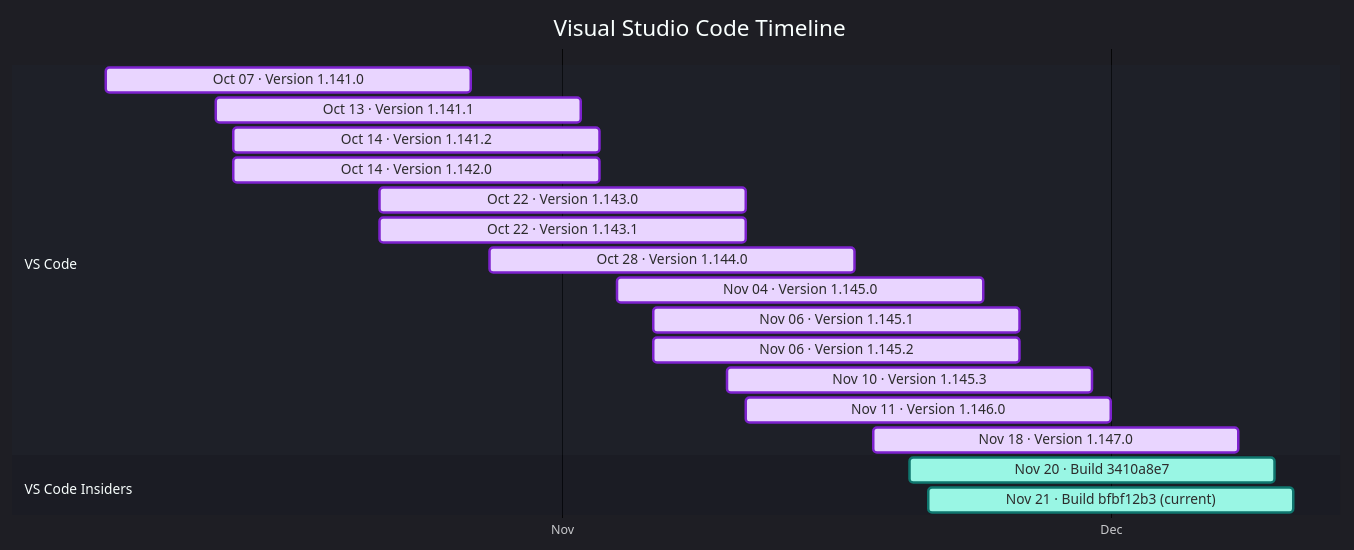
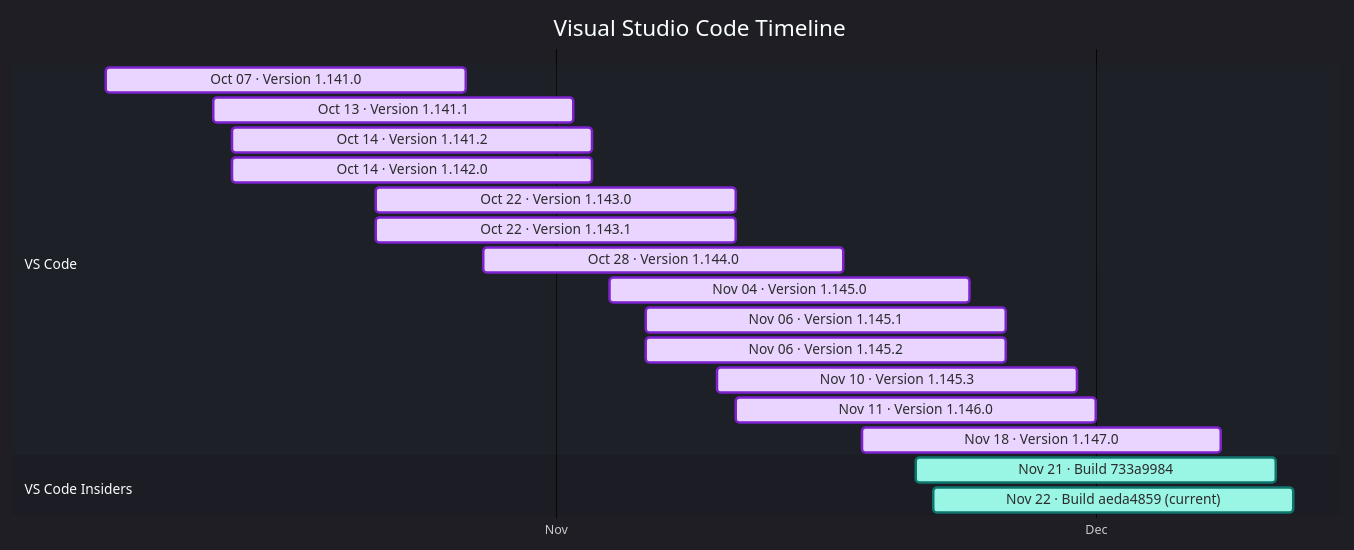
The diagram in docs/vscode.md (Oxelya-DevTools/VisualStudioUpdate), drawn with Mermaid before and after one commit. The commit also changed other lines of this file and 1 other file, not shown here.

````diff
--- a/docs/vscode.md
+++ b/docs/vscode.md
@@ -9,25 +9,25 @@
 ```mermaid
 %%{init: {'theme':'dark','themeVariables': { 'fontFamily': 'Segoe UI', 'fontSize': '24px', 'textColor': '#F3F4F6', 'titleTextColor': '#FFFFFF', 'taskTextColor': '#111827', 'taskTextLightColor': '#111827', 'taskTextOutsideColor': '#F3F4F6', 'taskBkgColor': '#BAE6FD', 'taskBorderColor': '#0369A1', 'doneTaskBkgColor': '#E9D5FF', 'doneTaskBorderColor': '#7E22CE', 'activeTaskBkgColor': '#99F6E4', 'activeTaskBorderColor': '#0F766E', 'critTaskBkgColor': '#FED7AA', 'critTaskBorderColor': '#C2410C', 'sectionBkgColor': '#1F2937', 'altSectionBkgColor': '#111827', 'gridColor': '#4B5563', 'todayLineColor': '#F87171' }}}%%
 gantt
     title Visual Studio Code Timeline
     dateFormat  YYYY-MM-DD
     axisFormat  %b
     tickInterval 1month
     section VS Code
     Oct 07 · Version 1.141.0 : done, vscode202610070, 2026-10-07, 20d
     Oct 13 · Version 1.141.1 : done, vscode202610131, 2026-10-13, 20d
     Oct 14 · Version 1.141.2 : done, vscode202610142, 2026-10-14, 20d
     Oct 14 · Version 1.142.0 : done, vscode202610143, 2026-10-14, 20d
     Oct 22 · Version 1.143.0 : done, vscode202610224, 2026-10-22, 20d
     Oct 22 · Version 1.143.1 : done, vscode202610225, 2026-10-22, 20d
     Oct 28 · Version 1.144.0 : done, vscode202610286, 2026-10-28, 20d
     Nov 04 · Version 1.145.0 : done, vscode202611047, 2026-11-04, 20d
     Nov 06 · Version 1.145.1 : done, vscode202611068, 2026-11-06, 20d
     Nov 06 · Version 1.145.2 : done, vscode202611069, 2026-11-06, 20d
     Nov 10 · Version 1.145.3 : done, vscode2026111010, 2026-11-10, 20d
     Nov 11 · Version 1.146.0 : done, vscode2026111111, 2026-11-11, 20d
     Nov 18 · Version 1.147.0 : done, vscode2026111812, 2026-11-18, 20d
     section VS Code Insiders
-    Nov 20 · Build 3410a8e7 : active, vscodeinsiders202611200, 2026-11-20, 20d
-    Nov 21 · Build bfbf12b3 (current) : active, vscodeinsiders202611211, 2026-11-21, 20d
+    Nov 21 · Build 733a9984 : active, vscodeinsiders202611210, 2026-11-21, 20d
+    Nov 22 · Build aeda4859 (current) : active, vscodeinsiders202611221, 2026-11-22, 20d
 ```
````
